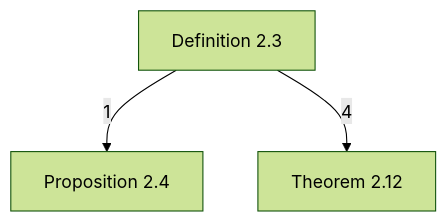
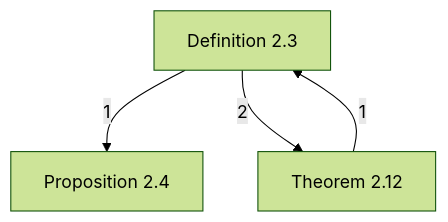
Before and after one commit to catskillsresearch/DomainTheory: the diagram in DomainTheory/ContinuousLattice/ContinuousLattices/ContinuousLattices.mermaid, drawn with Mermaid (forest theme). The commit also changed 23 other files, not shown here.

```diff
--- a/DomainTheory/ContinuousLattice/ContinuousLattices/ContinuousLattices.mermaid
+++ b/DomainTheory/ContinuousLattice/ContinuousLattices/ContinuousLattices.mermaid
@@ -1,15 +1,16 @@
 %% Notes of the continuous lattice section, in outline order.
 %% Each box is one outline note from 1972_Continuous_lattice_order.md.
 %% Arrowhead on the importer. The number is a direct-import count.
 %% An arrow already implied by a longer path is omitted.
 flowchart TB
 
   D23["Definition 2.3"]
   P24["Proposition 2.4"]
   T212["Theorem 2.12"]
 
+  T212 -->|"1"| D23
   D23 -->|"1"| P24
-  D23 -->|"4"| T212
+  D23 -->|"2"| T212
 
   classDef file fill:#dbeafe,stroke:#1d4ed8,color:#1e3a8a
   classDef ext fill:#f3f4f6,stroke:#374151,color:#111827
```
